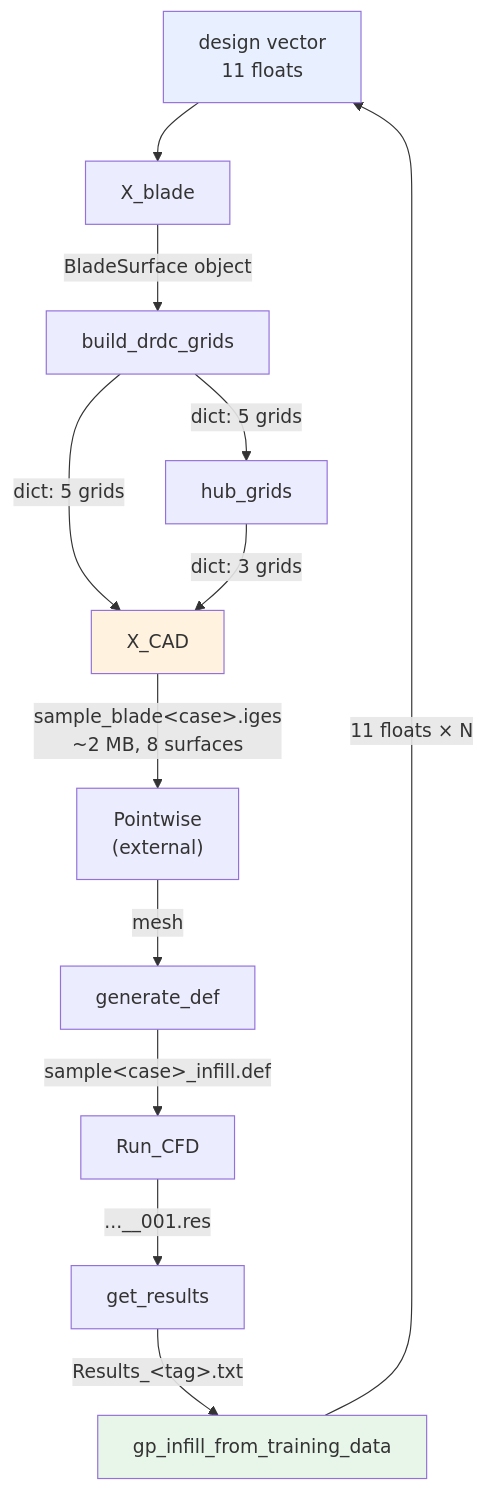
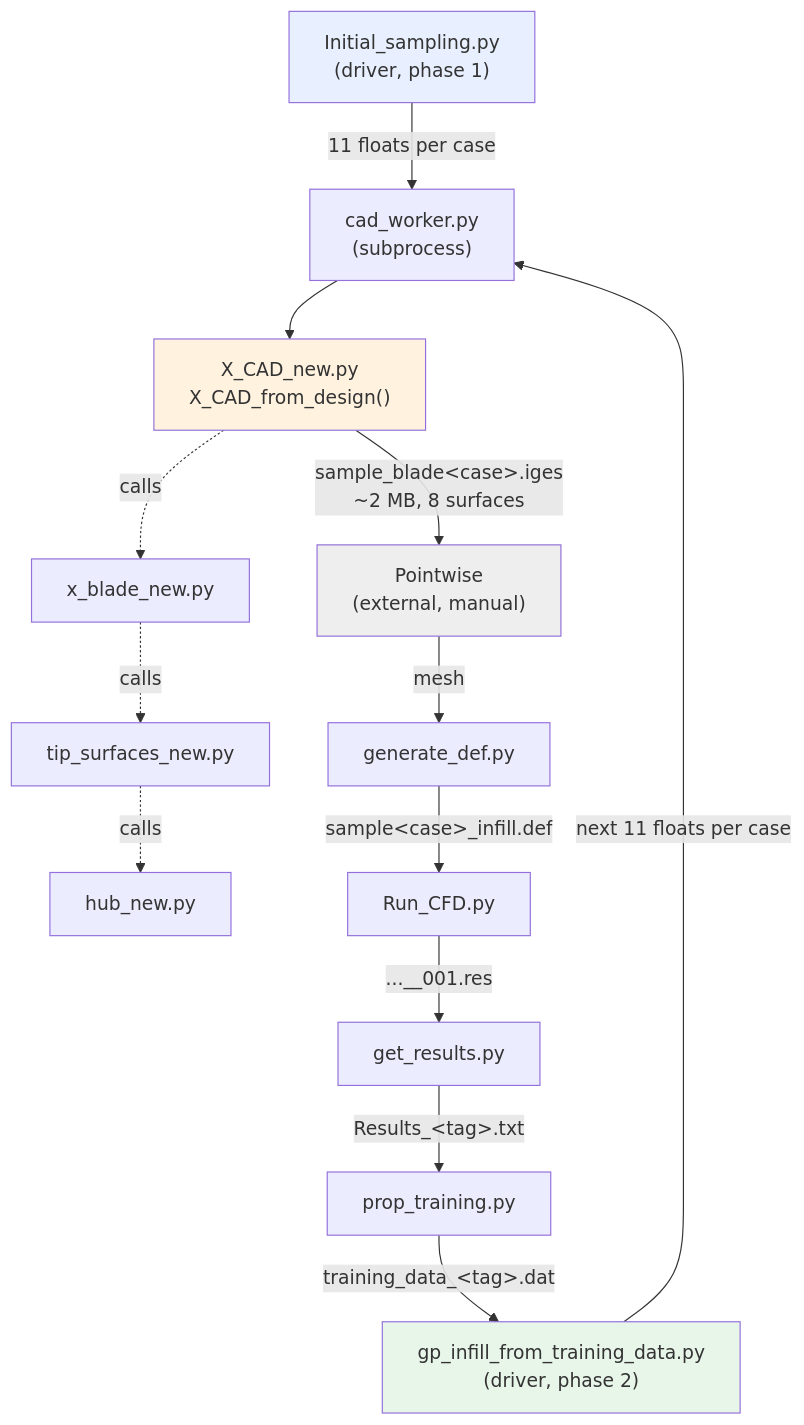
The diagram in PIPELINE.md (edd-ie/3D-Optimization-Workflow), drawn with Mermaid before and after one commit. The commit also changed other lines of this file and 2 other files, not shown here.

First line of the commit message:
Add prop_training.py; name every script explicitly in PIPELINE.md

````diff
--- a/PIPELINE.md
+++ b/PIPELINE.md
@@ -13,19 +41,21 @@
 ```mermaid
 flowchart TD
-    V["design vector<br/>11 floats"]
-    V --> XB["X_blade"]
-    XB -->|"BladeSurface object"| TS["build_drdc_grids"]
-    TS -->|"dict: 5 grids"| HB["hub_grids"]
-    TS -->|"dict: 5 grids"| CAD["X_CAD"]
-    HB -->|"dict: 3 grids"| CAD
-    CAD -->|"sample_blade&lt;case&gt;.iges<br/>~2 MB, 8 surfaces"| MESH["Pointwise<br/>(external)"]
-    MESH -->|"mesh"| DEF["generate_def"]
-    DEF -->|"sample&lt;case&gt;_infill.def"| CFD["Run_CFD"]
-    CFD -->|"...__001.res"| GR["get_results"]
-    GR -->|"Results_&lt;tag&gt;.txt"| GP["gp_infill_from_training_data"]
-    GP -->|"11 floats × N"| V
+    IS["Initial_sampling.py<br/>(driver, phase 1)"]
+    IS -->|"11 floats per case"| CW["cad_worker.py<br/>(subprocess)"]
+    CW --> XC["X_CAD_new.py<br/>X_CAD_from_design()"]
+    XC -.->|"calls"| XB["x_blade_new.py"]
+    XB -.->|"calls"| TS["tip_surfaces_new.py"]
+    TS -.->|"calls"| HB["hub_new.py"]
+    XC -->|"sample_blade&lt;case&gt;.iges<br/>~2 MB, 8 surfaces"| PW["Pointwise<br/>(external, manual)"]
+    PW -->|"mesh"| GD["generate_def.py"]
+    GD -->|"sample&lt;case&gt;_infill.def"| RC["Run_CFD.py"]
+    RC -->|"...__001.res"| GR["get_results.py"]
+    GR -->|"Results_&lt;tag&gt;.txt"| PT["prop_training.py"]
+    PT -->|"training_data_&lt;tag&gt;.dat"| GP["gp_infill_from_training_data.py<br/>(driver, phase 2)"]
+    GP -->|"next 11 floats per case"| CW
 
-    style V fill:#e8f0ff
-    style CAD fill:#fff3e0
+    style IS fill:#e8f0ff
     style GP fill:#e8f5e9
+    style XC fill:#fff3e0
+    style PW fill:#eeeeee
 ```
````
